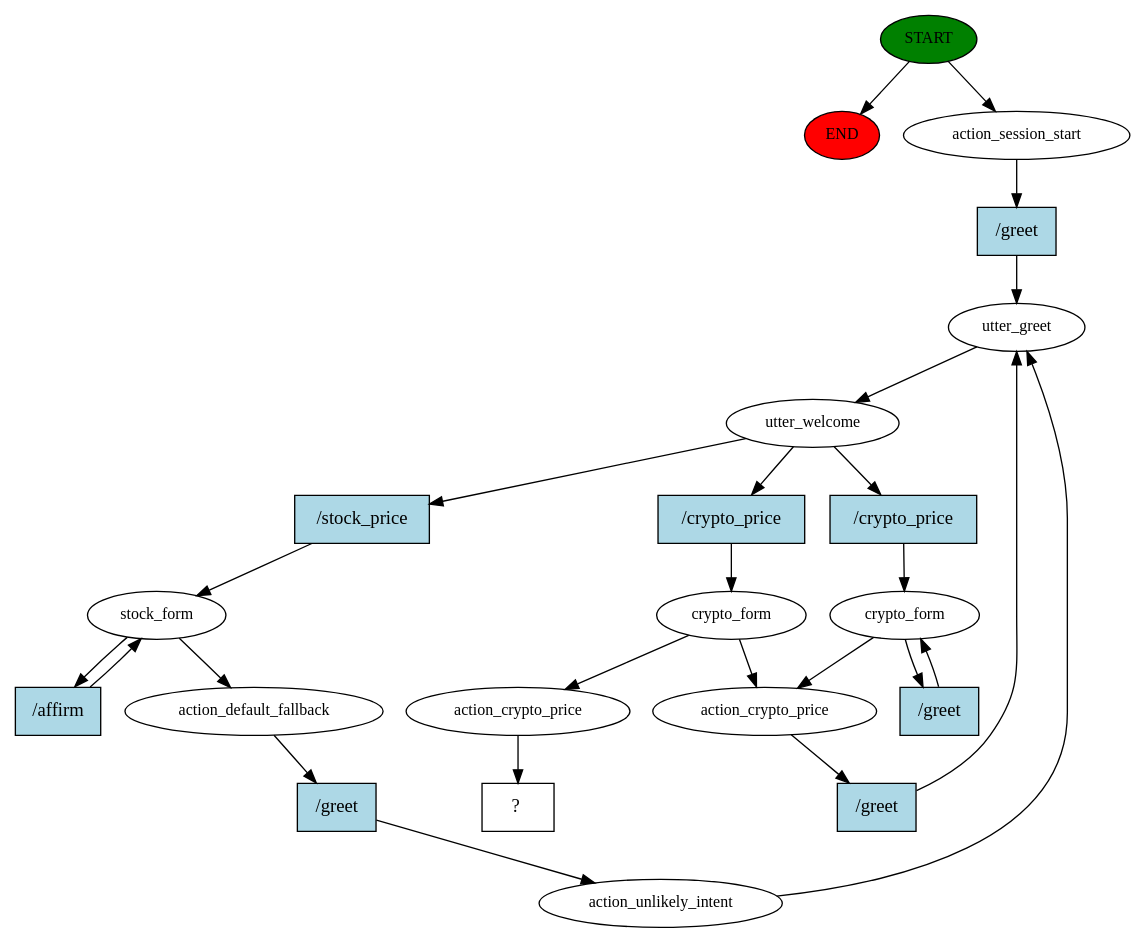
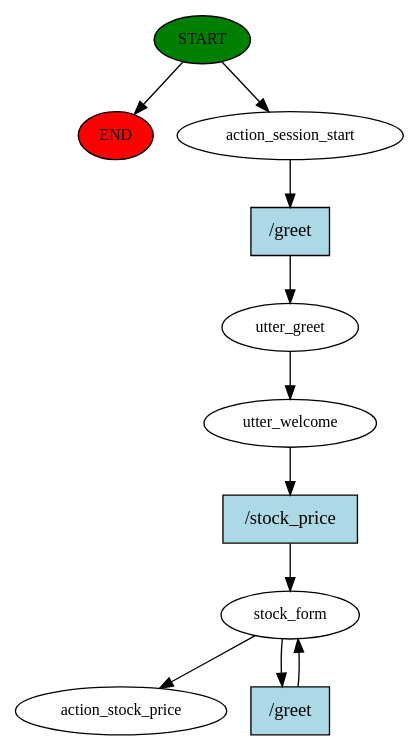
The diagram in story_graph.dot (Josphatkips/rasa-stock-crypto), drawn with Graphviz before and after one commit. The commit also changed 10 other files, not shown here.

```diff
--- a/story_graph.dot
+++ b/story_graph.dot
@@ -1,48 +1,22 @@
 digraph  {
 0 [class="start active", fillcolor=green, fontsize=12, label=START, style=filled];
 "-1" [class=end, fillcolor=red, fontsize=12, label=END, style=filled];
 1 [class=active, fontsize=12, label=action_session_start];
 2 [class=active, fontsize=12, label=utter_greet];
 3 [class=active, fontsize=12, label=utter_welcome];
-4 [class=active, fontsize=12, label=crypto_form];
-6 [class=active, fontsize=12, label=action_crypto_price];
-9 [class=active, fontsize=12, label=stock_form];
-11 [class=active, fontsize=12, label=action_default_fallback];
-12 [class=active, fontsize=12, label=action_unlikely_intent];
-15 [class=active, fontsize=12, label=crypto_form];
-24 [class=active, fontsize=12, label=action_crypto_price];
-25 [class="intent dashed active", label="  ?  ", shape=rect];
-26 [class="intent active", fillcolor=lightblue, label="/greet", shape=rect, style=filled];
-27 [class="intent active", fillcolor=lightblue, label="/crypto_price", shape=rect, style=filled];
-28 [class="intent active", fillcolor=lightblue, label="/stock_price", shape=rect, style=filled];
-29 [class="intent active", fillcolor=lightblue, label="/crypto_price", shape=rect, style=filled];
-30 [class="intent active", fillcolor=lightblue, label="/greet", shape=rect, style=filled];
-31 [class="intent active", fillcolor=lightblue, label="/greet", shape=rect, style=filled];
-32 [class="intent active", fillcolor=lightblue, label="/affirm", shape=rect, style=filled];
-33 [class="intent active", fillcolor=lightblue, label="/greet", shape=rect, style=filled];
+4 [class=active, fontsize=12, label=stock_form];
+6 [class="dashed active", fontsize=12, label=action_stock_price];
+7 [class="intent active", fillcolor=lightblue, label="/greet", shape=rect, style=filled];
+8 [class="intent active", fillcolor=lightblue, label="/stock_price", shape=rect, style=filled];
+9 [class="intent active", fillcolor=lightblue, label="/greet", shape=rect, style=filled];
 0 -> "-1"  [class="", key=NONE, label=""];
 0 -> 1  [class=active, key=NONE, label=""];
-1 -> 26  [class=active, key=0];
+1 -> 7  [class=active, key=0];
 2 -> 3  [class=active, key=NONE, label=""];
-3 -> 27  [class=active, key=0];
-3 -> 28  [class=active, key=0];
-3 -> 29  [class=active, key=0];
+3 -> 8  [class=active, key=0];
 4 -> 6  [class=active, key=NONE, label=""];
-4 -> 30  [class=active, key=0];
-6 -> 31  [class=active, key=0];
-9 -> 11  [class=active, key=NONE, label=""];
-9 -> 32  [class=active, key=0];
-11 -> 33  [class=active, key=0];
-12 -> 2  [class=active, key=NONE, label=""];
-15 -> 6  [class=active, key=NONE, label=""];
-15 -> 24  [class=active, key=NONE, label=""];
-24 -> 25  [class=active, key=NONE, label=""];
-26 -> 2  [class=active, key=0];
-27 -> 4  [class=active, key=0];
-28 -> 9  [class=active, key=0];
-29 -> 15  [class=active, key=0];
-30 -> 4  [class=active, key=0];
-31 -> 2  [class=active, key=0];
-32 -> 9  [class=active, key=0];
-33 -> 12  [class=active, key=0];
+4 -> 9  [class=active, key=0];
+7 -> 2  [class=active, key=0];
+8 -> 4  [class=active, key=0];
+9 -> 4  [class=active, key=0];
 }
```
